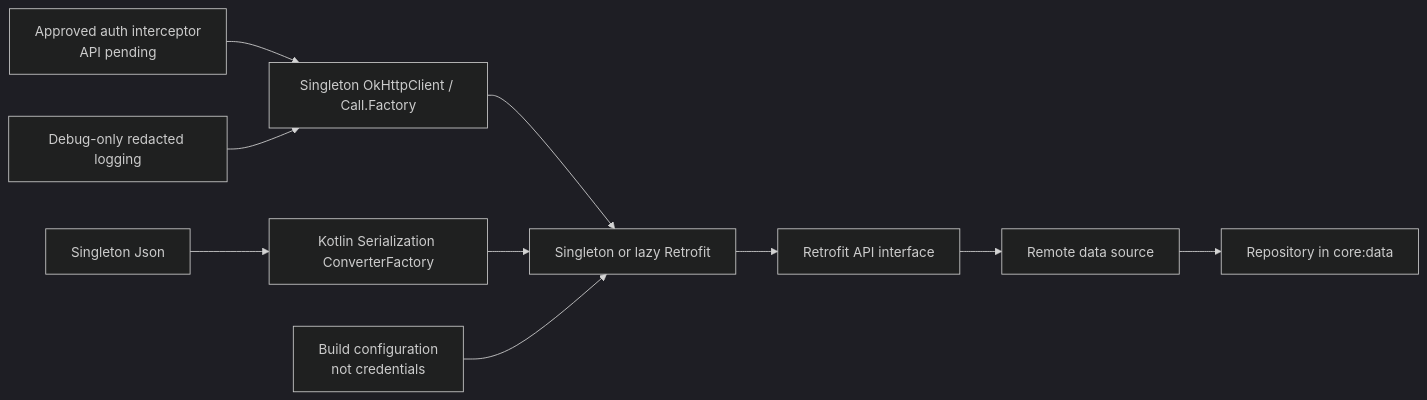
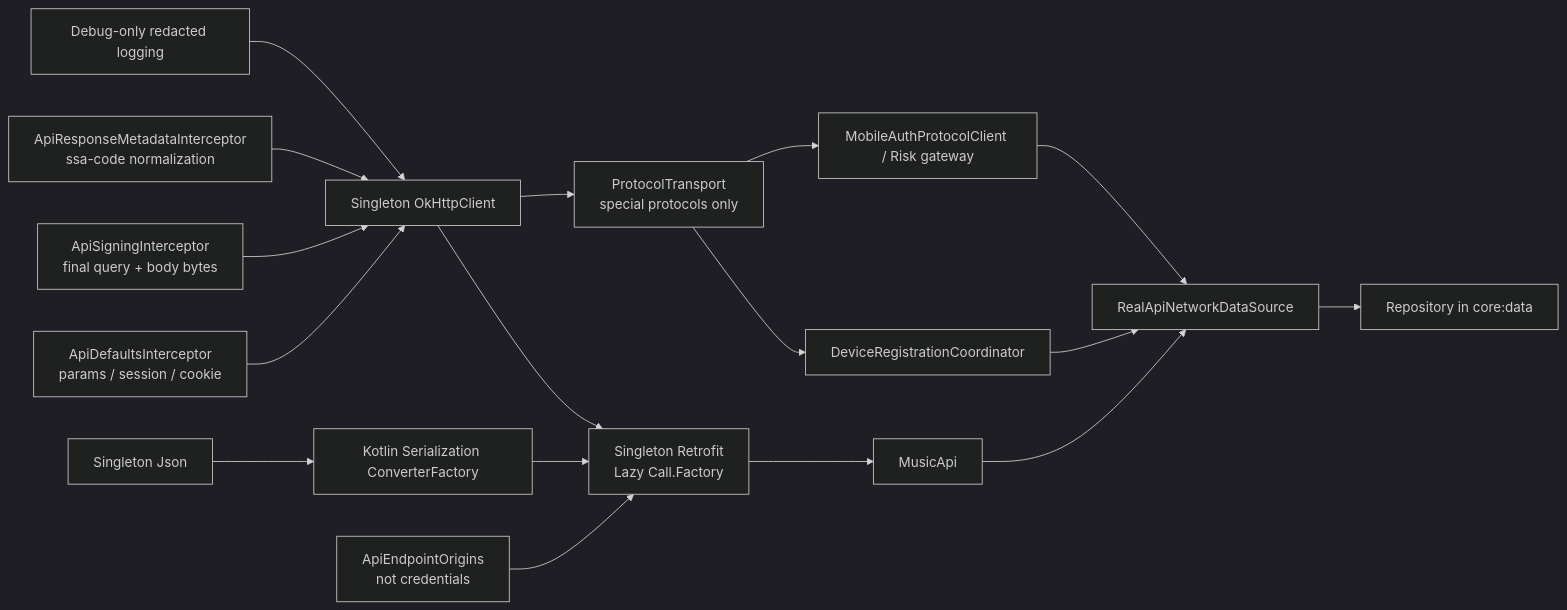
The third of 3 diagrams in docs/ARCHITECTURE.md (JamesGZM/Resonote), drawn with Mermaid (dark theme) before and after one commit. The commit also changed other lines of this file and 88 other files, not shown here.

````diff
--- a/docs/ARCHITECTURE.md
+++ b/docs/ARCHITECTURE.md
@@ -534,12 +538,19 @@
 ```mermaid
 flowchart LR
     json["Singleton Json"] --> converter["Kotlin Serialization ConverterFactory"]
-    auth["Approved auth interceptor<br/>API pending"] --> client["Singleton OkHttpClient / Call.Factory"]
+    defaults["ApiDefaultsInterceptor<br/>params / session / cookie"] --> client["Singleton OkHttpClient"]
+    signing["ApiSigningInterceptor<br/>final query + body bytes"] --> client
+    riskMetadata["ApiResponseMetadataInterceptor<br/>ssa-code normalization"] --> client
     logging["Debug-only redacted logging"] --> client
-    client --> retrofit["Singleton or lazy Retrofit"]
+    client --> retrofit["Singleton Retrofit<br/>Lazy Call.Factory"]
+    client --> raw["ProtocolTransport<br/>special protocols only"]
     converter --> retrofit
-    baseUrl["Build configuration<br/>not credentials"] --> retrofit
-    retrofit --> api["Retrofit API interface"]
-    api --> source["Remote data source"]
+    origins["ApiEndpointOrigins<br/>not credentials"] --> retrofit
+    retrofit --> api["MusicApi"]
+    api --> source["RealApiNetworkDataSource"]
+    raw --> registration["DeviceRegistrationCoordinator"]
+    raw --> mobileAuth["MobileAuthProtocolClient / Risk gateway"]
+    registration --> source
+    mobileAuth --> source
     source --> repository["Repository in core:data"]
 ```
````
